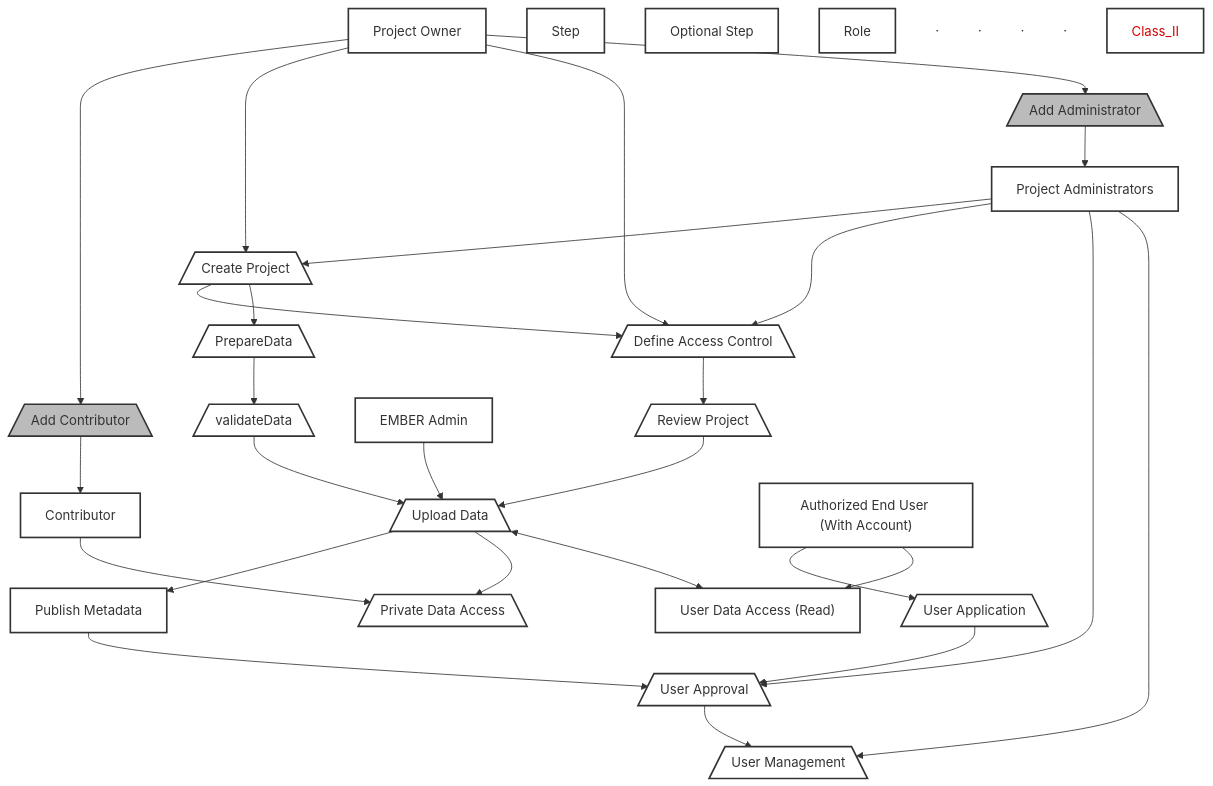
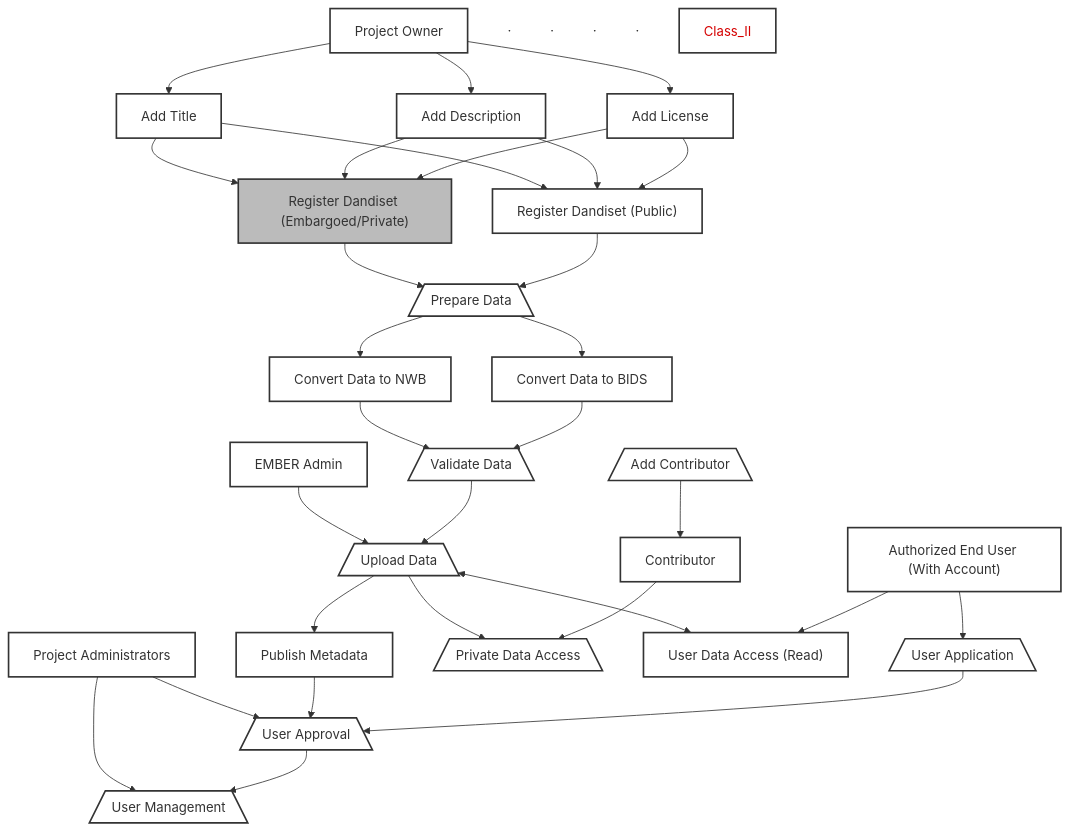
Before and after one commit to aplbrain/BBQS-EMBER-Data-Model: the diagram in EMBER_Classes/design/class_II.mmd, drawn with Mermaid. The commit also changed 1 other file, not shown here.

```diff
--- a/EMBER_Classes/design/class_II.mmd
+++ b/EMBER_Classes/design/class_II.mmd
@@ -1,49 +1,41 @@
 ---
 config:
   layout: fixed
 ---
 flowchart TB
     addContributor["Add Contributor"] --> contributor["Contributor"]
-    projectowner["Project Owner"] --> addContributor & createProject["Create Project"] & defineaccesscontrol["Define Access Control"] & addAdministrator["Add Administrator"]
-    addAdministrator --> projectAdmin["Project Administrators"]
-    projectAdmin --> createProject & defineaccesscontrol & userApproval["User Approval"] & userManagement["User Management"]
-    createProject --> defineaccesscontrol & prepareData["PrepareData"]
-    defineaccesscontrol --> reviewProject["Review Project"]
-    reviewProject --> uploadData["Upload Data"]
-    emberadmin["EMBER Admin"] --> uploadData
+    projectowner["Project Owner"] --> addTitle["Add Title"] & addDescription["Add Description"] & addLicense["Add License"] 
+    addRegistrationPublic["Register Dandiset (Public)"] & addRegistrationPrivate["Register Dandiset (Embargoed/Private)"] 
+    addRegistrationPrivate & addRegistrationPublic--> prepareData["Prepare Data"]
+    addTitle["Add Title"] & addDescription["Add Description"] & addLicense["Add License"] -->  addRegistrationPublic & addRegistrationPrivate 
+    prepareData --> convertNWB["Convert Data to NWB"] & convertBIDS["Convert Data to BIDS"]
+    convertNWB["Convert Data to NWB"] & convertBIDS["Convert Data to BIDS"]--> validateData["Validate Data"]
+    projectAdmin["Project Administrators"] --> userApproval["User Approval"] & userManagement["User Management"]
+    emberadmin["EMBER Admin"] --> uploadData["Upload Data"]
     uploadData --> publishMetadata["Publish Metadata"] & privateDataAccess["Private Data Access"]
     publishMetadata --> userApproval
     userApproval --> userManagement
     uploadData <--> Userdataaccess["User Data Access (Read)"]
     authorizedEndUser["Authorized End User (With Account)"] --> userApplication["User Application"] & Userdataaccess
     userApplication --> userApproval
     contributor --> privateDataAccess
-    prepareData --> validateData["validateData"]
     validateData --> uploadData
-    Step["Step"]
-    OptionalStep["Optional Step"]
-    Role["Role"]
     addContributor@{ shape: trap-b}
-    createProject@{ shape: trap-b}
-    defineaccesscontrol@{ shape: trap-b}
-    addAdministrator@{ shape: trap-b}
     userApproval@{ shape: trap-b}
     userManagement@{ shape: trap-b}
     prepareData@{ shape: trap-b}
-    reviewProject@{ shape: trap-b}
     uploadData@{ shape: trap-b}
     privateDataAccess@{ shape: trap-b}
     userApplication@{ shape: trap-b}
     validateData@{ shape: trap-b}
     n1@{ shape: anchor}
     n2@{ shape: anchor}
     n3@{ shape: anchor}
     n4@{ shape: anchor}
-     addContributor:::optional
-     addAdministrator:::optional
      prepareData:::role
      privateDataAccess:::role
+    addRegistrationPrivate:::optional
      validateData:::role
     classDef default fill:#fff,stroke:#333,stroke-width:2px
     classDef optional fill:#bbb,stroke:#333,stroke-width:2px
     style Class_II color:#D50000
```
